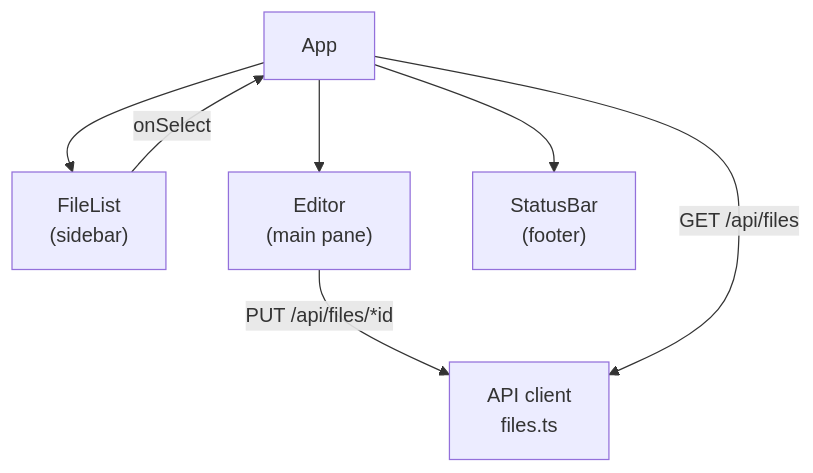
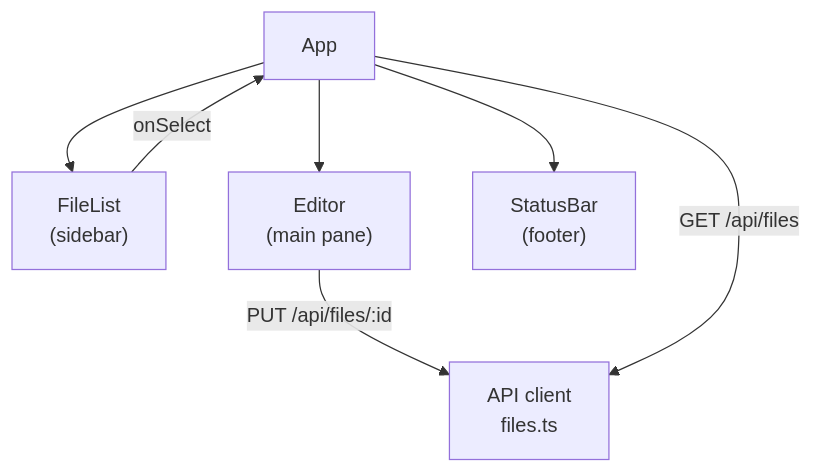
The second of 2 diagrams in DESIGN.md (gsfraley/wrazz), drawn with Mermaid before and after one commit. The commit also changed other lines of this file, not shown here.

````diff
--- a/DESIGN.md
+++ b/DESIGN.md
@@ -268,10 +270,10 @@
 ```mermaid
 graph TD
     App --> FileList["FileList\n(sidebar)"]
     App --> Editor["Editor\n(main pane)"]
     App --> StatusBar["StatusBar\n(footer)"]
 
     FileList -->|onSelect| App
-    Editor -->|PUT /api/files/*id| API["API client\nfiles.ts"]
+    Editor -->|PUT /api/files/:id| API["API client\nfiles.ts"]
     App -->|GET /api/files| API
 ```
````
